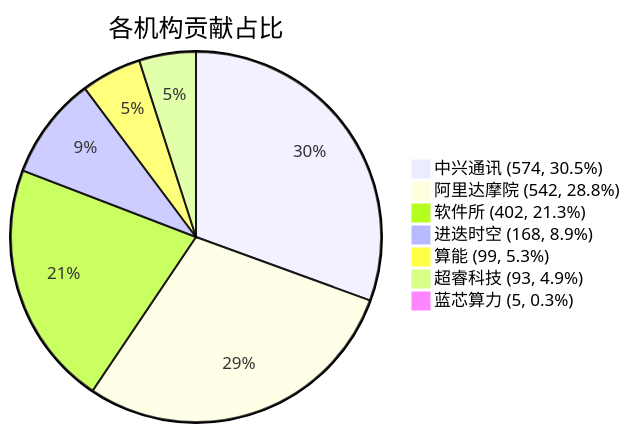
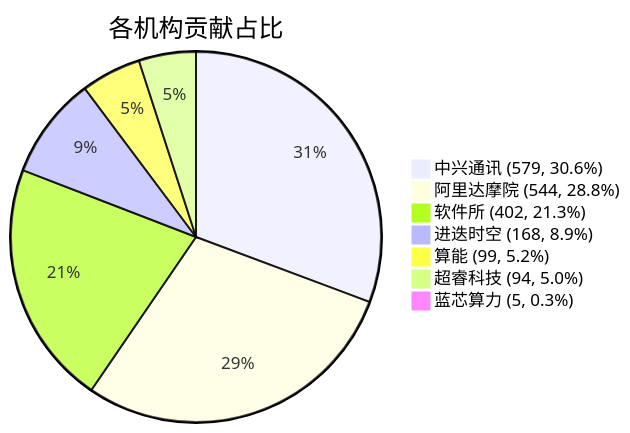
Before and after one commit to RVCK-Project/rvck: the diagram in docs/index.md, drawn with Mermaid. The commit also changed other lines of this file and 24 other files, not shown here.

````diff
--- a/docs/index.md
+++ b/docs/index.md
@@ -34,10 +34,10 @@
 ```mermaid
 pie title 各机构贡献占比
-    "中兴通讯 (574, 30.5%)" : 574
-    "阿里达摩院 (542, 28.8%)" : 542
+    "中兴通讯 (579, 30.6%)" : 579
+    "阿里达摩院 (544, 28.8%)" : 544
     "软件所 (402, 21.3%)" : 402
     "进迭时空 (168, 8.9%)" : 168
-    "算能 (99, 5.3%)" : 99
-    "超睿科技 (93, 4.9%)" : 93
+    "算能 (99, 5.2%)" : 99
+    "超睿科技 (94, 5.0%)" : 94
     "蓝芯算力 (5, 0.3%)" : 5
 ```
````
